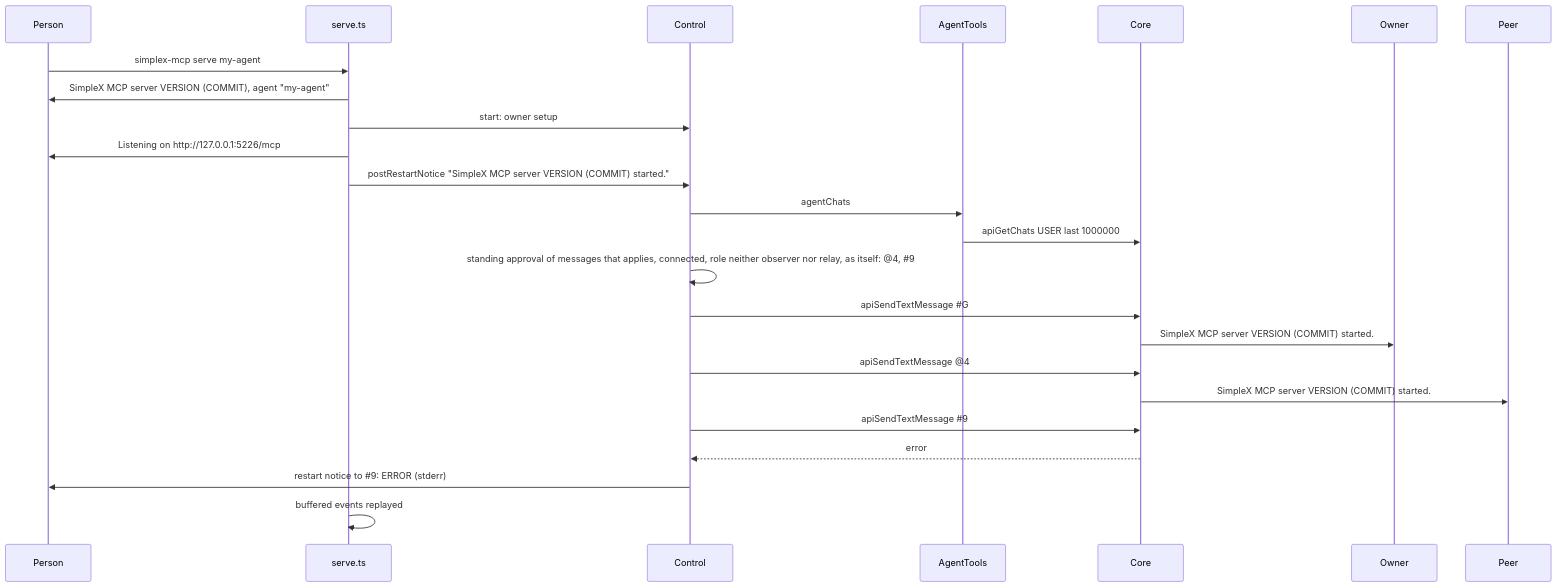
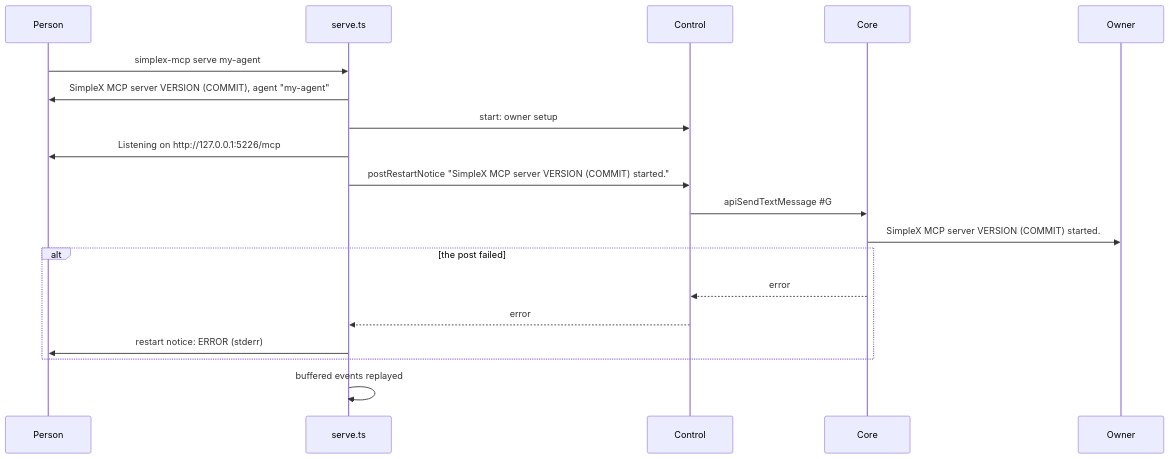
Before and after one commit to simplex-chat/simplex-chat: diagram 45 of 45 in packages/simplex-chat-mcp/spec/flows.md, drawn with Mermaid. The commit also changed other lines of this file and 10 other files, not shown here.

Commit message:
mcp: restart notice only in the agent control chat

````diff
--- a/packages/simplex-chat-mcp/spec/flows.md
+++ b/packages/simplex-chat-mcp/spec/flows.md
@@ -2059,26 +2058,21 @@
 ```mermaid
 sequenceDiagram
   participant P as Person
   participant S as serve.ts
   participant K as Control
-  participant T as AgentTools
   participant C as Core
   participant O as Owner
-  participant D as Peer
   P->>S: simplex-mcp serve my-agent
   S->>P: SimpleX MCP server VERSION (COMMIT), agent "my-agent"
   S->>K: start: owner setup
   S->>P: Listening on http://127.0.0.1:5226/mcp
   S->>K: postRestartNotice "SimpleX MCP server VERSION (COMMIT) started."
-  K->>T: agentChats
-  T->>C: apiGetChats USER last 1000000
-  K->>K: standing approval of messages that applies, connected, role neither observer nor relay, as itself: @4, #35;9
   K->>C: apiSendTextMessage #35;G
   C->>O: SimpleX MCP server VERSION (COMMIT) started.
-  K->>C: apiSendTextMessage @4
-  C->>D: SimpleX MCP server VERSION (COMMIT) started.
-  K->>C: apiSendTextMessage #35;9
-  C-->>K: error
-  K->>P: restart notice to #35;9: ERROR (stderr)
+  alt the post failed
+    C-->>K: error
+    K-->>S: error
+    S->>P: restart notice: ERROR (stderr)
+  end
   S->>S: buffered events replayed
 ```
````
